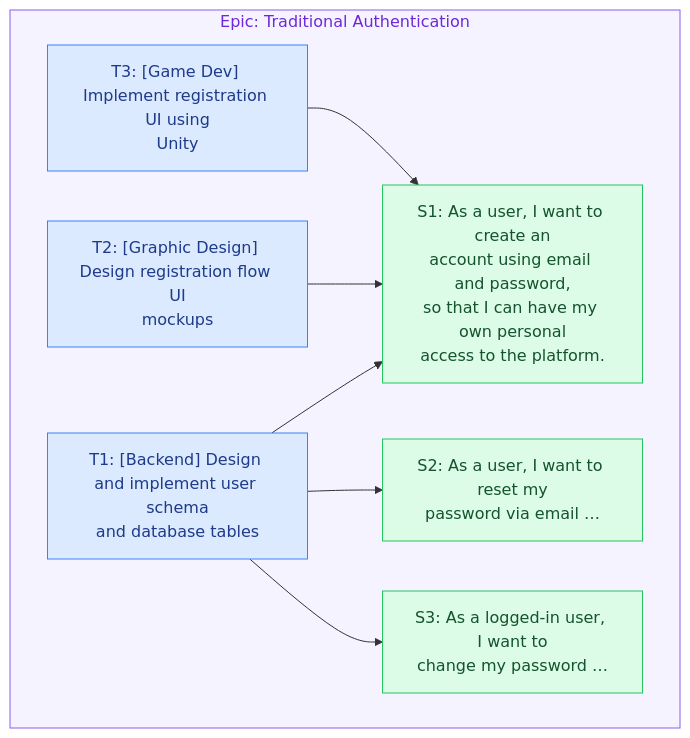
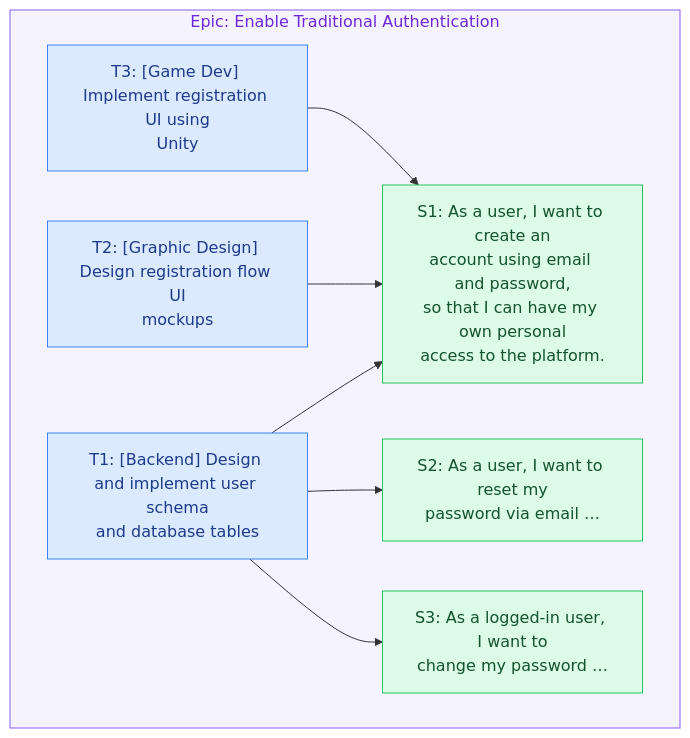
The diagram in skills/groomie/references/examples.md (mfozmen/groomie), drawn with Mermaid before and after one commit. The commit also changed other lines of this file and 4 other files, not shown here.

````diff
--- a/skills/groomie/references/examples.md
+++ b/skills/groomie/references/examples.md
@@ -281,21 +284,21 @@
 ```mermaid
 flowchart TD
-  subgraph epic1["Epic: Traditional Authentication"]
+  subgraph epic1["Epic: Enable Traditional Authentication"]
     S1["S1: As a user, I want to create an<br/>account using email and password,<br/>so that I can have my own personal<br/>access to the platform."]
     S2["S2: As a user, I want to reset my<br/>password via email …"]
     S3["S3: As a logged-in user, I want to<br/>change my password …"]
     T1["T1: [Backend] Design and implement user schema<br/>and database tables"]
     T2["T2: [Graphic Design] Design registration flow UI<br/>mockups"]
     T3["T3: [Game Dev] Implement registration UI using<br/>Unity"]
   end
   T1 --> S1
   T1 --> S2
   T1 --> S3
   T2 --> S1
   T3 --> S1
   classDef story fill:#dcfce7,stroke:#22c55e,color:#14532d;
   classDef task  fill:#dbeafe,stroke:#3b82f6,color:#1e3a8a;
   class S1,S2,S3 story;
   class T1,T2,T3 task;
   style epic1 fill:#f5f3ff,stroke:#8b5cf6,color:#6d28d9;
 ```
````
